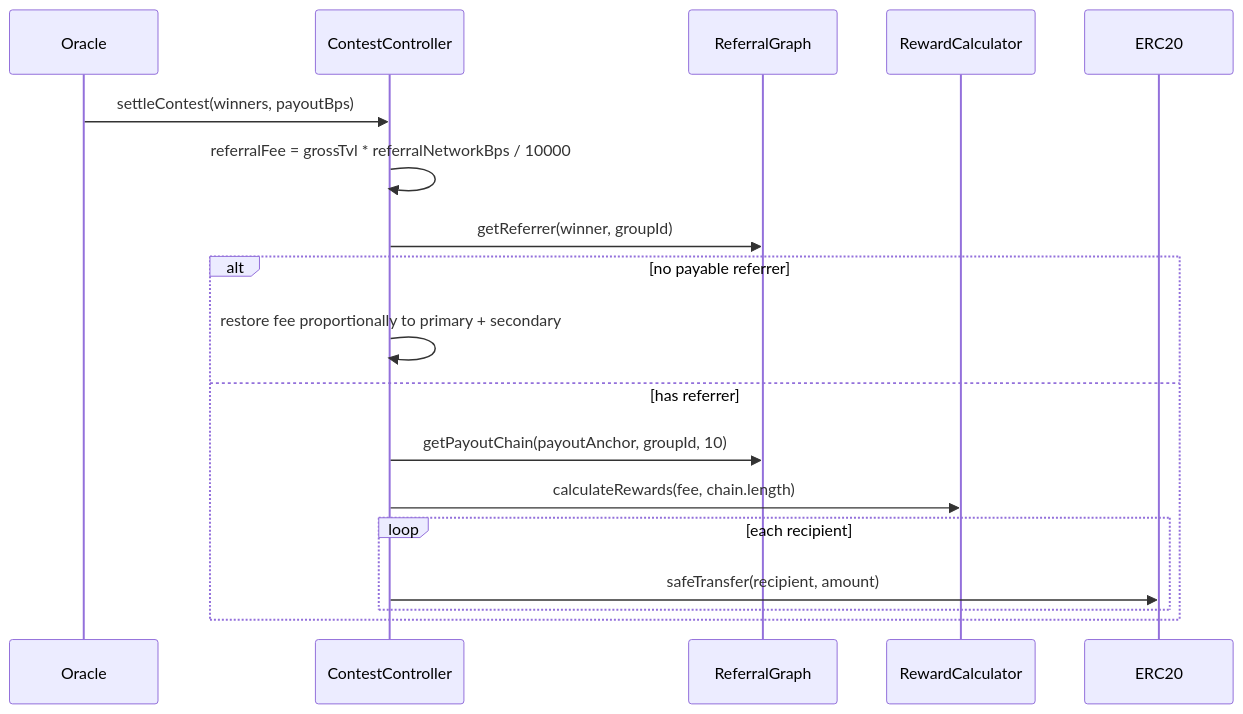
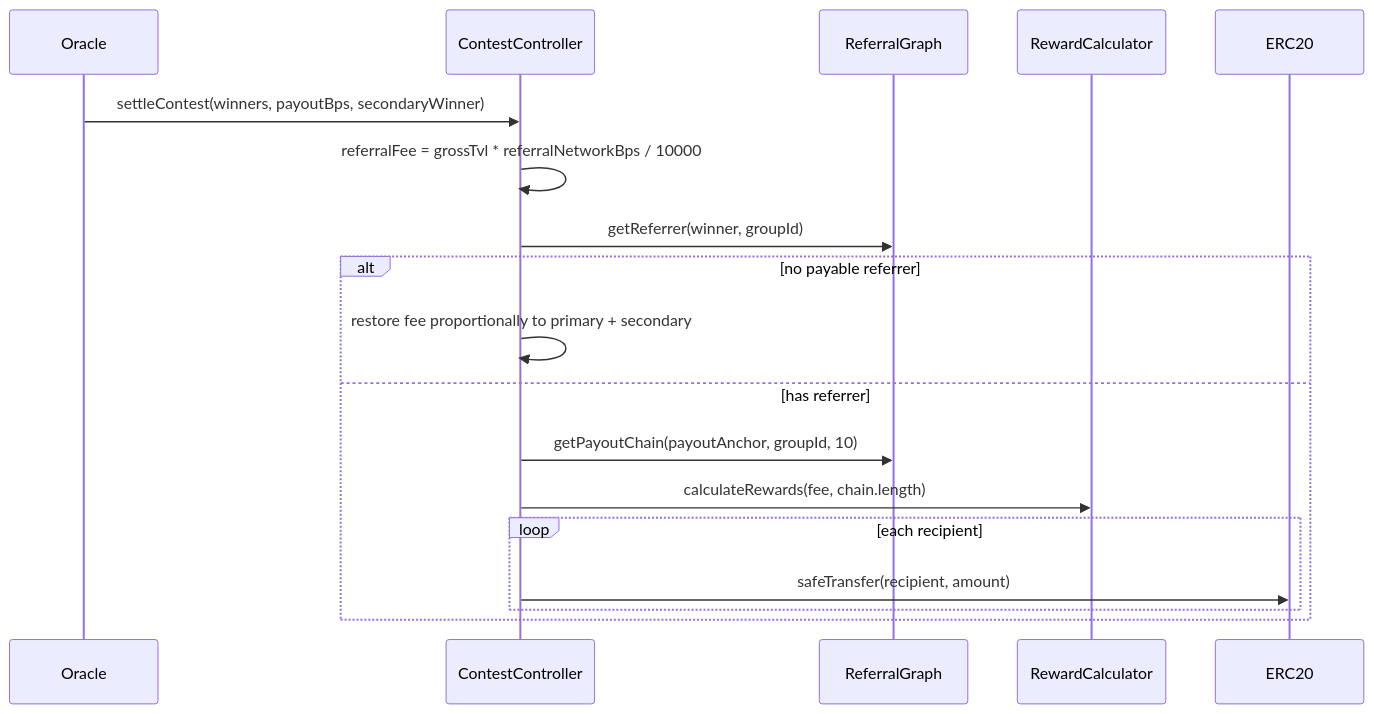
Before and after one commit to MagRelo/contestCatalyst: the diagram in docs/ReferralNetworkIntegration.md, drawn with Mermaid. The commit also changed other lines of this file and 4 other files, not shown here.

First line of the commit message:
Enhance contest settlement logic to include secondary winner parameter

````diff
--- a/docs/ReferralNetworkIntegration.md
+++ b/docs/ReferralNetworkIntegration.md
@@ -9,21 +9,21 @@
 ```mermaid
 sequenceDiagram
     participant Oracle
     participant Contest as ContestController
     participant Graph as ReferralGraph
     participant Calc as RewardCalculator
     participant Token as ERC20
 
-    Oracle->>Contest: settleContest(winners, payoutBps)
+    Oracle->>Contest: settleContest(winners, payoutBps, secondaryWinner)
     Contest->>Contest: referralFee = grossTvl * referralNetworkBps / 10000
     Contest->>Graph: getReferrer(winner, groupId)
     alt no payable referrer
         Contest->>Contest: restore fee proportionally to primary + secondary
     else has referrer
         Contest->>Graph: getPayoutChain(payoutAnchor, groupId, 10)
         Contest->>Calc: calculateRewards(fee, chain.length)
         loop each recipient
             Contest->>Token: safeTransfer(recipient, amount)
         end
     end
 ```
````
